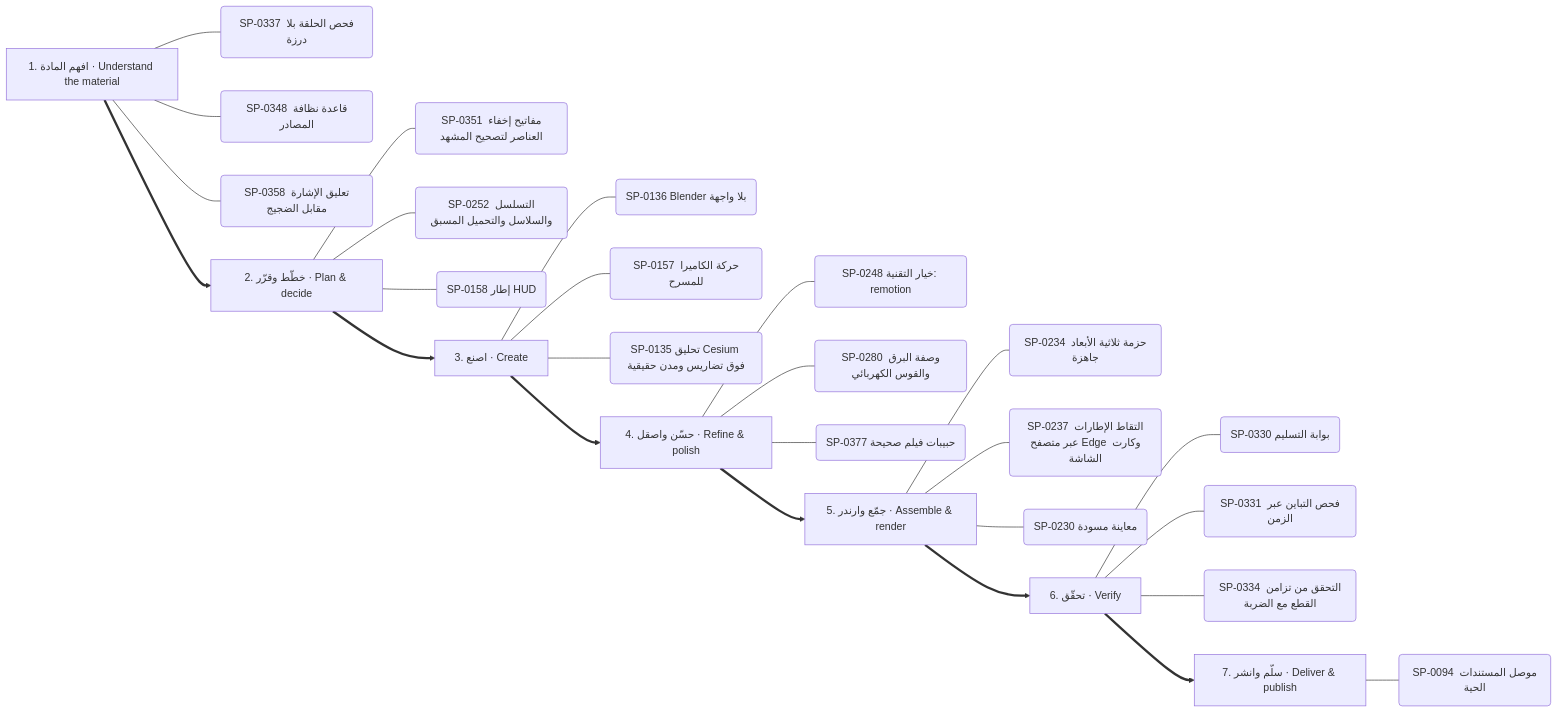
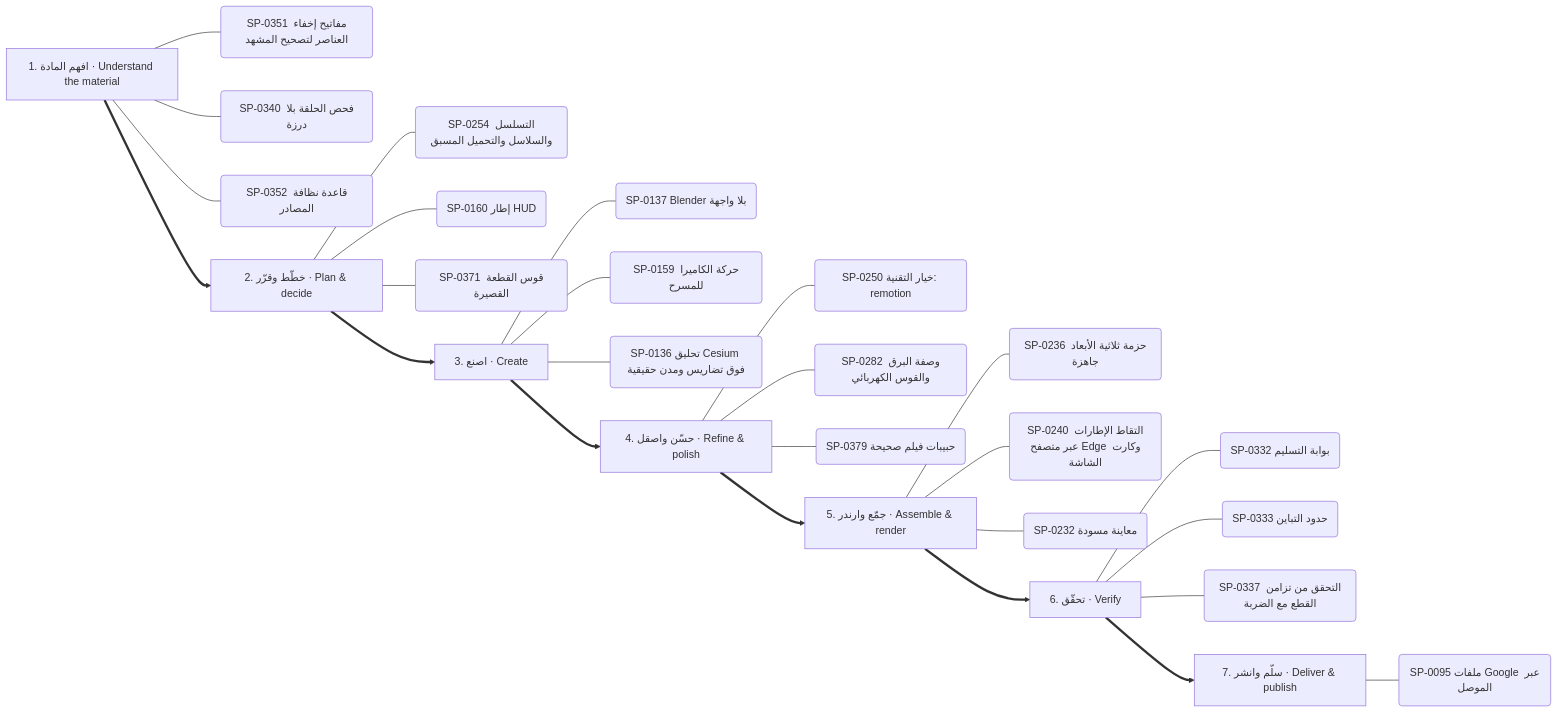
One commit to kosif199022-jpg/kosif-tool changed the eighth of 13 diagrams in .claude/skills/kosif-superpowers/references/capability-mindmap.md. Above: the diagram before and after it, drawn with Mermaid. The commit also changed other lines of this file and 67 other files, not shown here.

````diff
--- a/.claude/skills/kosif-superpowers/references/capability-mindmap.md
+++ b/.claude/skills/kosif-superpowers/references/capability-mindmap.md
@@ -407,35 +409,35 @@
 ```mermaid
 flowchart LR
   S0["1. افهم المادة · Understand the material"]
-  S0 --- S0_0("SP-0337 فحص الحلقة بلا درزة")
-  S0 --- S0_1("SP-0348 قاعدة نظافة المصادر")
-  S0 --- S0_2("SP-0358 تعليق الإشارة مقابل الضجيج")
+  S0 --- S0_0("SP-0351 مفاتيح إخفاء العناصر لتصحيح المشهد")
+  S0 --- S0_1("SP-0340 فحص الحلقة بلا درزة")
+  S0 --- S0_2("SP-0352 قاعدة نظافة المصادر")
   S1["2. خطّط وقرّر · Plan & decide"]
-  S1 --- S1_0("SP-0351 مفاتيح إخفاء العناصر لتصحيح المشهد")
-  S1 --- S1_1("SP-0252 التسلسل والسلاسل والتحميل المسبق")
-  S1 --- S1_2("SP-0158 إطار HUD")
+  S1 --- S1_0("SP-0254 التسلسل والسلاسل والتحميل المسبق")
+  S1 --- S1_1("SP-0160 إطار HUD")
+  S1 --- S1_2("SP-0371 قوس القطعة القصيرة")
   S0 ==> S1
   S2["3. اصنع · Create"]
-  S2 --- S2_0("SP-0136 Blender بلا واجهة")
-  S2 --- S2_1("SP-0157 حركة الكاميرا للمسرح")
-  S2 --- S2_2("SP-0135 تحليق Cesium فوق تضاريس ومدن حقيقية")
+  S2 --- S2_0("SP-0137 Blender بلا واجهة")
+  S2 --- S2_1("SP-0159 حركة الكاميرا للمسرح")
+  S2 --- S2_2("SP-0136 تحليق Cesium فوق تضاريس ومدن حقيقية")
   S1 ==> S2
   S3["4. حسّن واصقل · Refine & polish"]
-  S3 --- S3_0("SP-0248 خيار التقنية: remotion")
-  S3 --- S3_1("SP-0280 وصفة البرق والقوس الكهربائي")
-  S3 --- S3_2("SP-0377 حبيبات فيلم صحيحة")
+  S3 --- S3_0("SP-0250 خيار التقنية: remotion")
+  S3 --- S3_1("SP-0282 وصفة البرق والقوس الكهربائي")
+  S3 --- S3_2("SP-0379 حبيبات فيلم صحيحة")
   S2 ==> S3
   S4["5. جمّع وارندر · Assemble & render"]
-  S4 --- S4_0("SP-0234 حزمة ثلاثية الأبعاد جاهزة")
-  S4 --- S4_1("SP-0237 التقاط الإطارات عبر متصفح Edge وكارت الشاشة")
-  S4 --- S4_2("SP-0230 معاينة مسودة")
+  S4 --- S4_0("SP-0236 حزمة ثلاثية الأبعاد جاهزة")
+  S4 --- S4_1("SP-0240 التقاط الإطارات عبر متصفح Edge وكارت الشاشة")
+  S4 --- S4_2("SP-0232 معاينة مسودة")
   S3 ==> S4
   S5["6. تحقّق · Verify"]
-  S5 --- S5_0("SP-0330 بوابة التسليم")
-  S5 --- S5_1("SP-0331 فحص التباين عبر الزمن")
-  S5 --- S5_2("SP-0334 التحقق من تزامن القطع مع الضربة")
+  S5 --- S5_0("SP-0332 بوابة التسليم")
+  S5 --- S5_1("SP-0333 حدود التباين")
+  S5 --- S5_2("SP-0337 التحقق من تزامن القطع مع الضربة")
   S4 ==> S5
   S6["7. سلّم وانشر · Deliver & publish"]
-  S6 --- S6_0("SP-0094 موصل المستندات الحية")
+  S6 --- S6_0("SP-0095 ملفات Google عبر الموصل")
   S5 ==> S6
 ```
````
